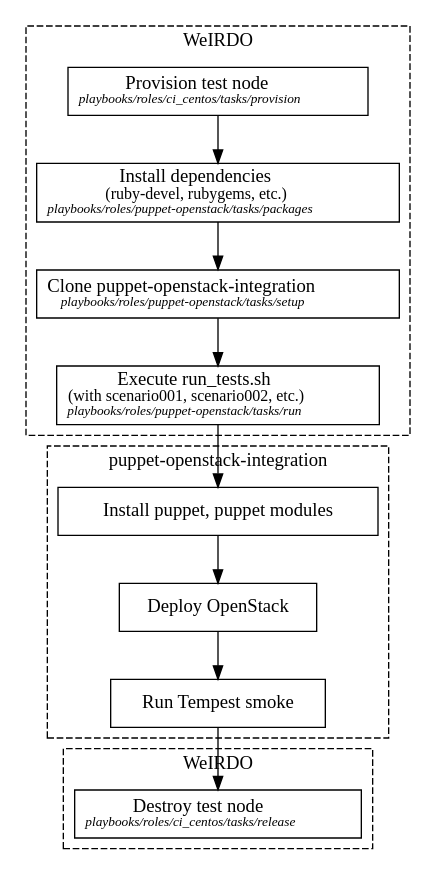
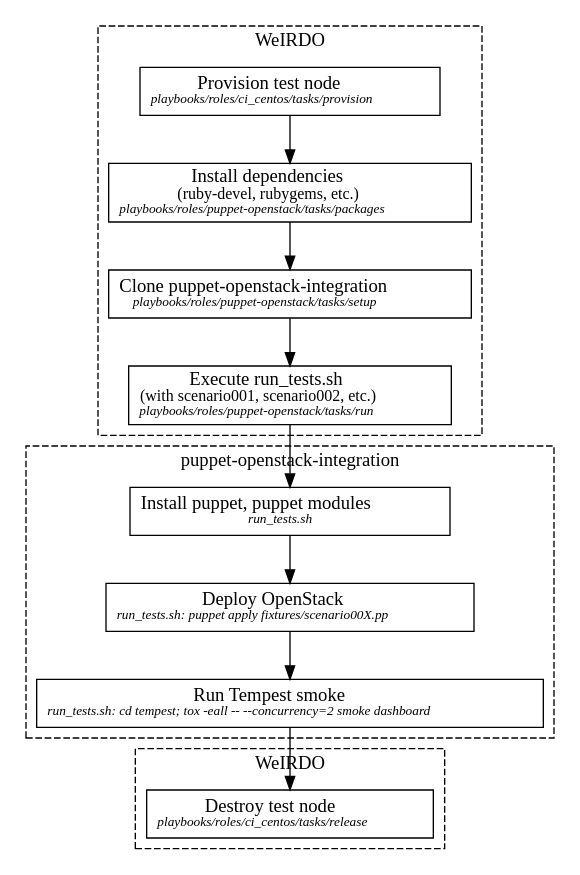
One commit to rdo-infra/weirdo changed the diagram in docs/how.rst. Above: the diagram before and after it, drawn with Graphviz.

Commit message:
Add notes on puppet-openstack steps in the graph

```diff
--- a/docs/how.rst
+++ b/docs/how.rst
@@ -50,30 +50,30 @@
 .. graphviz::
 
     digraph {
       a  [shape = polygon, sides = 4,label = <Provision test node<br/><FONT POINT-SIZE='10'><I>playbooks/roles/ci_centos/tasks/provision</I></FONT>>]
       b  [shape = polygon, sides = 4,label = <Install dependencies<br/><FONT POINT-SIZE='12'>(ruby-devel, rubygems, etc.)</FONT><br/><FONT POINT-SIZE='10'><I>playbooks/roles/puppet-openstack/tasks/packages</I></FONT>>]
       c  [shape = polygon, sides = 4,label = <Clone puppet-openstack-integration<br/><FONT POINT-SIZE='10'><I>playbooks/roles/puppet-openstack/tasks/setup</I></FONT>>]
       d  [shape = polygon, sides = 4,label = <Execute run_tests.sh<br/><FONT POINT-SIZE='12'>(with scenario001, scenario002, etc.)</FONT><br/><FONT POINT-SIZE='10'><I>playbooks/roles/puppet-openstack/tasks/run</I></FONT>>]
-      e  [shape = polygon, sides = 4,label = "Install puppet, puppet modules"]
-      f  [shape = polygon, sides = 4,label = "Deploy OpenStack"]
-      g  [shape = polygon, sides = 4,label = "Run Tempest smoke"]
+      e  [shape = polygon, sides = 4,label = <Install puppet, puppet modules<br/><FONT POINT-SIZE='10'><I>run_tests.sh</I></FONT>>]
+      f  [shape = polygon, sides = 4,label = <Deploy OpenStack<br/><FONT POINT-SIZE='10'><I>run_tests.sh: puppet apply fixtures/scenario00X.pp</I></FONT>>]
+      g  [shape = polygon, sides = 4,label = <Run Tempest smoke<br/><FONT POINT-SIZE='10'><I>run_tests.sh: cd tempest; tox -eall -- --concurrency=2 smoke dashboard</I></FONT>>]
       h  [shape = polygon, sides = 4,label = <Destroy test node<br/><FONT POINT-SIZE='10'><I>playbooks/roles/ci_centos/tasks/release</I></FONT>>]
 
       subgraph cluster_0 {
         label = "WeIRDO";
         style = "dashed";
         a -> b -> c -> d;
       }
 
       subgraph cluster_1 {
         label = "puppet-openstack-integration";
         style = "dashed";
         d -> e -> f -> g;
       }
 
       subgraph cluster_2 {
         label = "WeIRDO";
         style = "dashed";
         g -> h;
       }
     }
```
